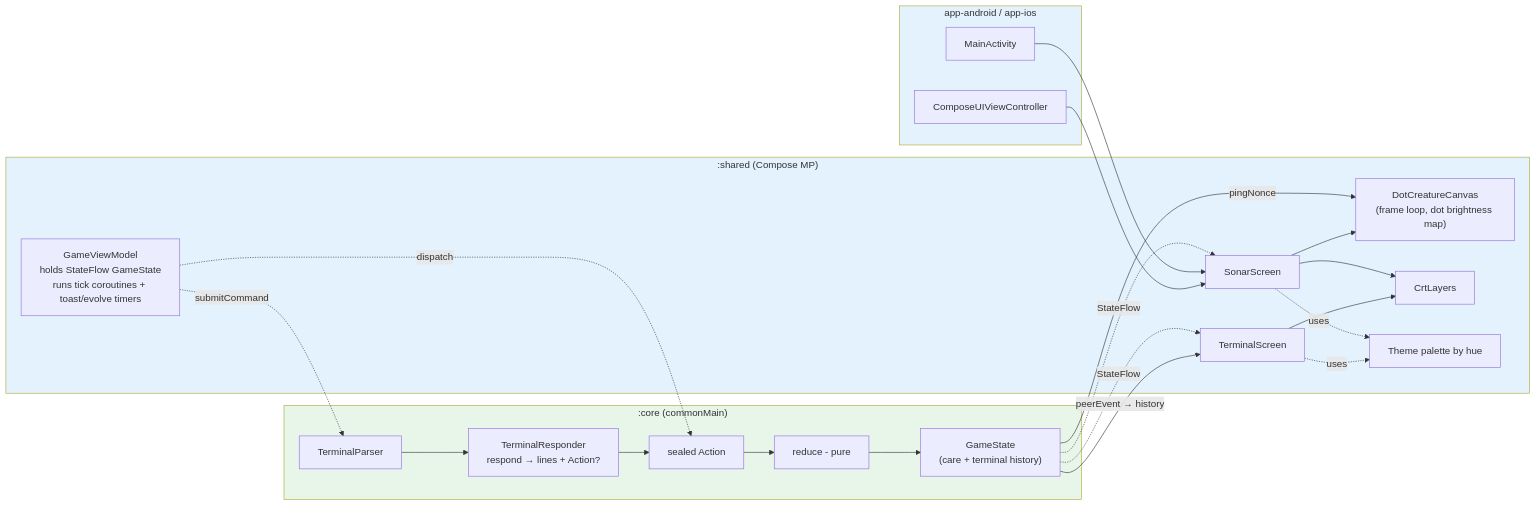
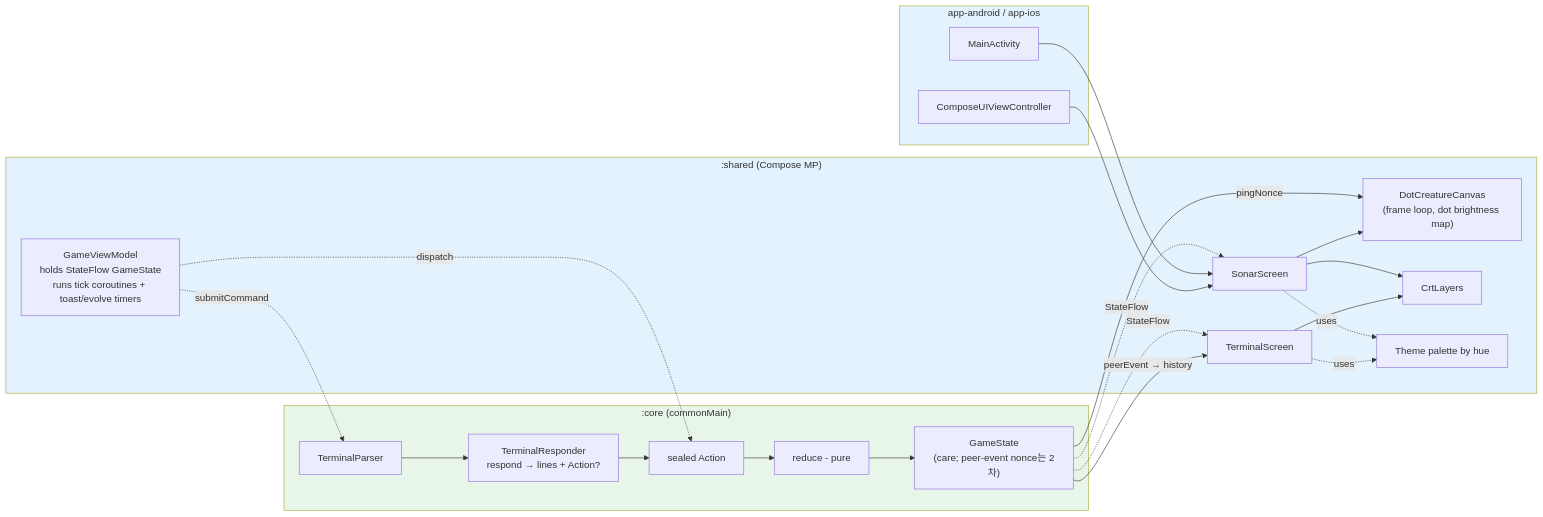
The diagram in docs/PLAN.md (joselee37/jvolution), drawn with Mermaid before and after one commit. The commit also changed other lines of this file and 11 other files, not shown here.

````diff
--- a/docs/PLAN.md
+++ b/docs/PLAN.md
@@ -118,47 +118,47 @@
 ```mermaid
 flowchart LR
     subgraph core[":core (commonMain)"]
-        GS["GameState<br/>(care + terminal history)"]
+        GS["GameState<br/>(care; peer-event nonce는 2차)"]
         AC[sealed Action]
         RD[reduce - pure]
         TP[TerminalParser]
         TR["TerminalResponder<br/>respond → lines + Action?"]
         AC --> RD
         RD --> GS
         TP --> TR
         TR --> AC
     end
 
     subgraph shared[":shared (Compose MP)"]
         VM["GameViewModel<br/>holds StateFlow GameState<br/>runs tick coroutines + toast/evolve timers"]
         SS[SonarScreen]
         TS[TerminalScreen]
         DCC["DotCreatureCanvas<br/>(frame loop, dot brightness map)"]
         CRT[CrtLayers]
         TH[Theme palette by hue]
     end
 
     subgraph apps["app-android / app-ios"]
         ANDROID[MainActivity]
         IOS[ComposeUIViewController]
     end
 
     VM -. dispatch .-> AC
     VM -. submitCommand .-> TP
     GS -. StateFlow .-> SS
     GS -. StateFlow .-> TS
     GS -- pingNonce --> DCC
     GS -- "peerEvent → history" --> TS
     SS --> DCC
     SS --> CRT
     TS --> CRT
     SS -. uses .-> TH
     TS -. uses .-> TH
     ANDROID --> SS
     IOS --> SS
 
     classDef pure fill:#e8f5e9
     classDef ui fill:#e3f2fd
     class core pure
     class shared,apps ui
 ```
````
